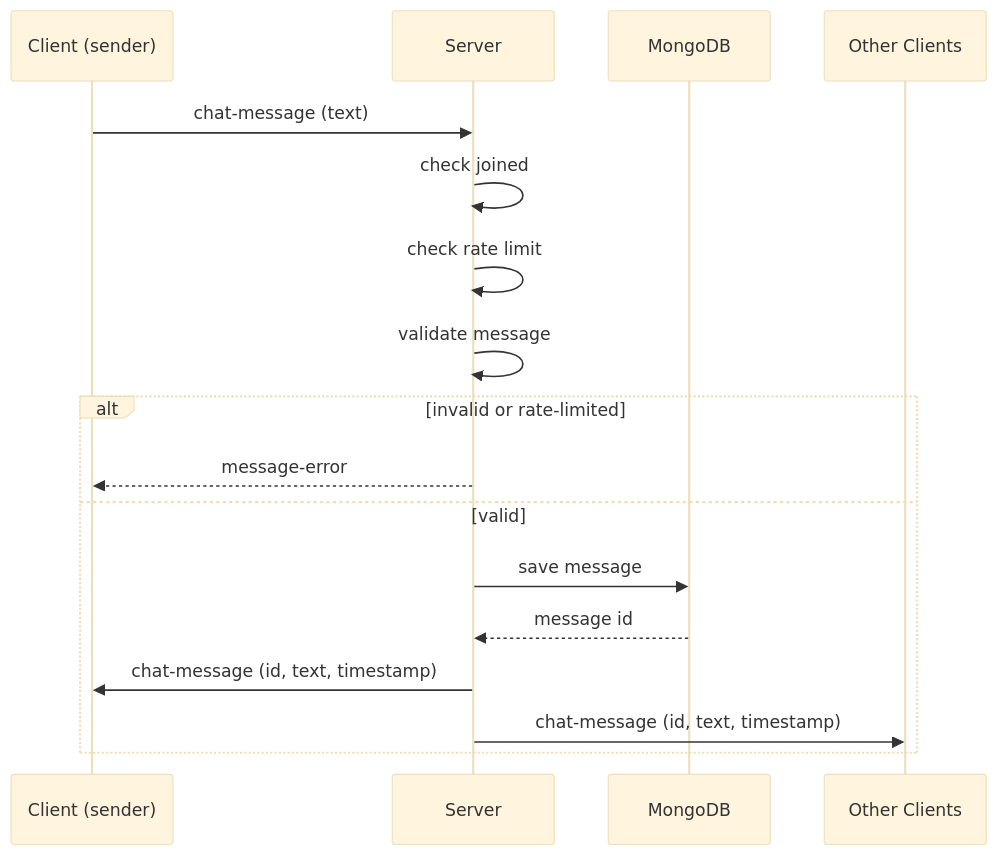
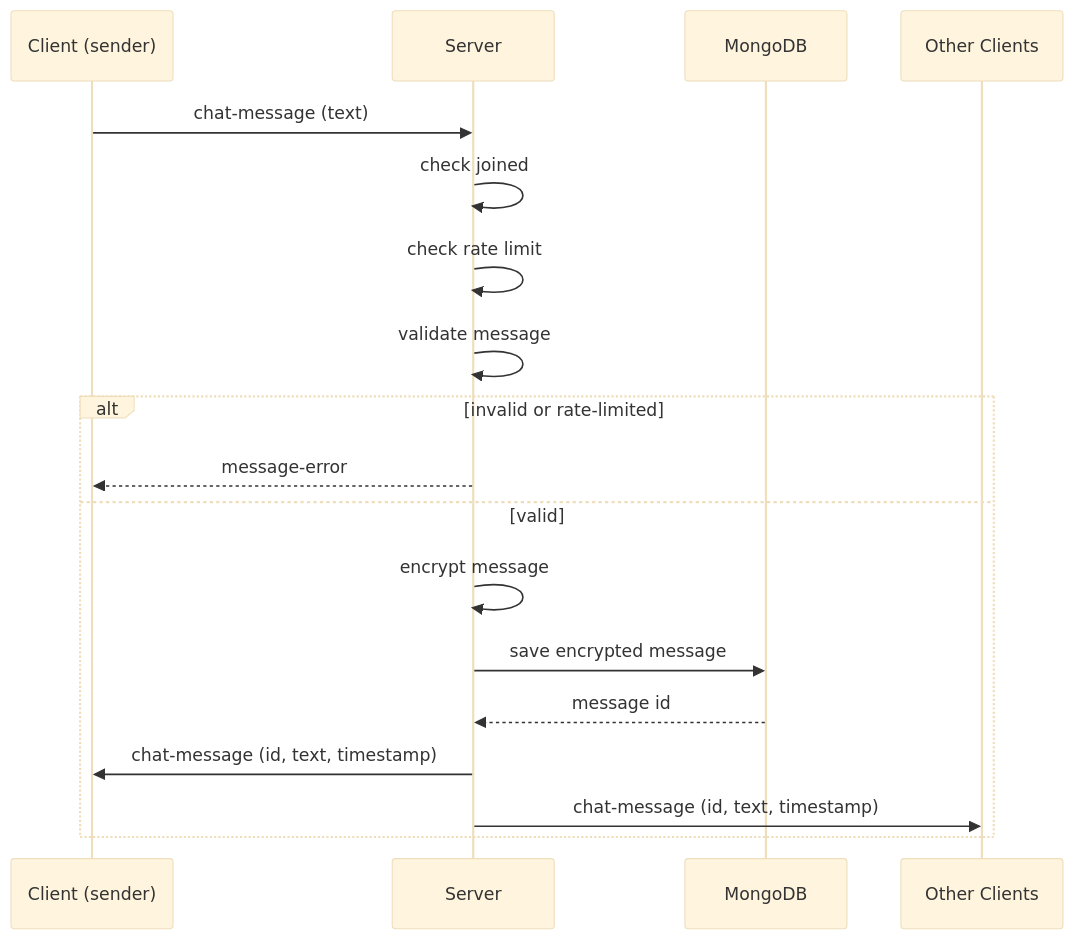
Before and after one commit to virtualvasu/csd-group-chat: the second of 3 diagrams in README.md, drawn with Mermaid (base theme). The commit also changed other lines of this file and 2 other files, not shown here.

````diff
--- a/README.md
+++ b/README.md
@@ -158,20 +172,21 @@
 ```mermaid
 sequenceDiagram
     participant A as Client (sender)
     participant S as Server
     participant DB as MongoDB
     participant B as Other Clients
 
     A->>S: chat-message (text)
     S->>S: check joined
     S->>S: check rate limit
     S->>S: validate message
     alt invalid or rate-limited
         S-->>A: message-error
     else valid
-        S->>DB: save message
+        S->>S: encrypt message
+        S->>DB: save encrypted message
         DB-->>S: message id
         S->>A: chat-message (id, text, timestamp)
         S->>B: chat-message (id, text, timestamp)
     end
 ```
````
